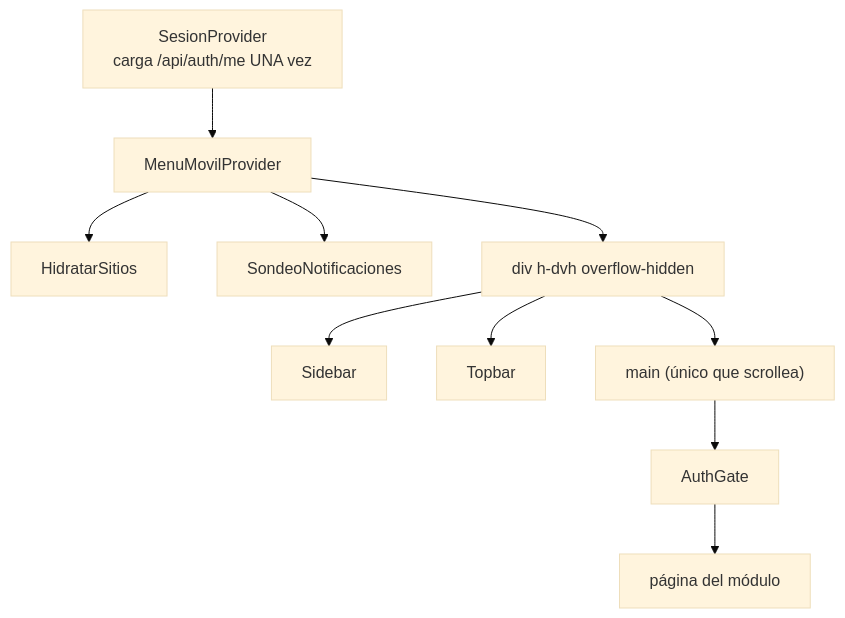
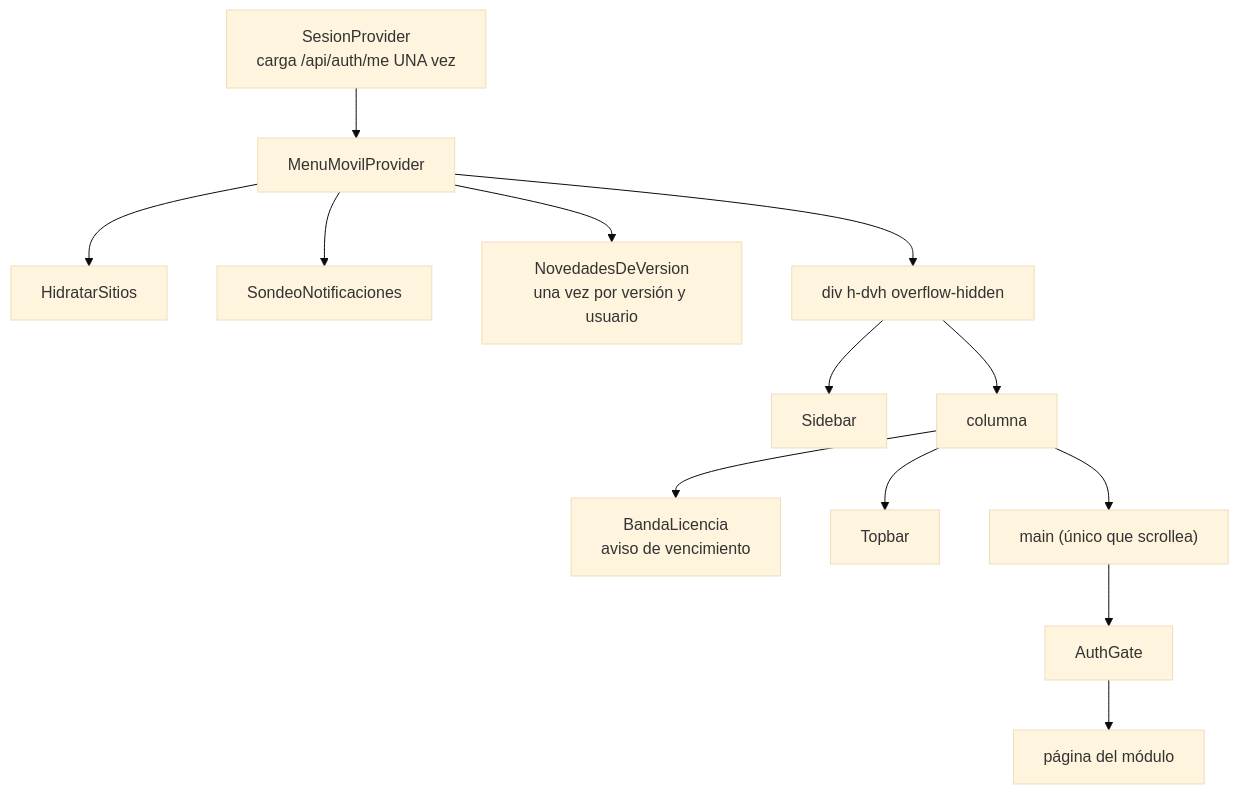
Before and after one commit to emiliano-cyber/spaces_dooh_new: the diagram in vault/03-Frontend/shell-y-navegacion.md, drawn with Mermaid (base theme). The commit also changed other lines of this file and 64 other files, not shown here.

````diff
--- a/vault/03-Frontend/shell-y-navegacion.md
+++ b/vault/03-Frontend/shell-y-navegacion.md
@@ -22,11 +25,14 @@
 ```mermaid
 flowchart TB
     SP["SesionProvider<br/>carga /api/auth/me UNA vez"] --> MM["MenuMovilProvider"]
     MM --> HS["HidratarSitios"]
     MM --> SN["SondeoNotificaciones"]
+    MM --> NV["NovedadesDeVersion<br/>una vez por versión y usuario"]
     MM --> L["div h-dvh overflow-hidden"]
     L --> SB["Sidebar"]
-    L --> TB["Topbar"]
-    L --> MAIN["main (único que scrollea)"]
+    L --> COL["columna"]
+    COL --> BL["BandaLicencia<br/>aviso de vencimiento"]
+    COL --> TB["Topbar"]
+    COL --> MAIN["main (único que scrollea)"]
     MAIN --> AG["AuthGate"] --> P["página del módulo"]
 ```
````
